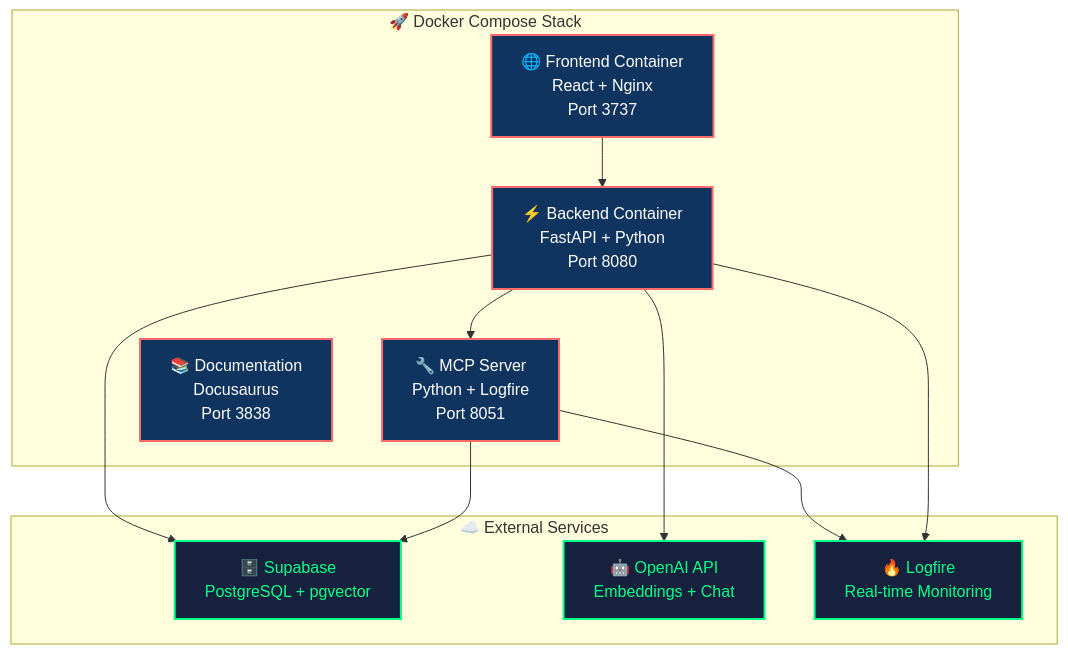
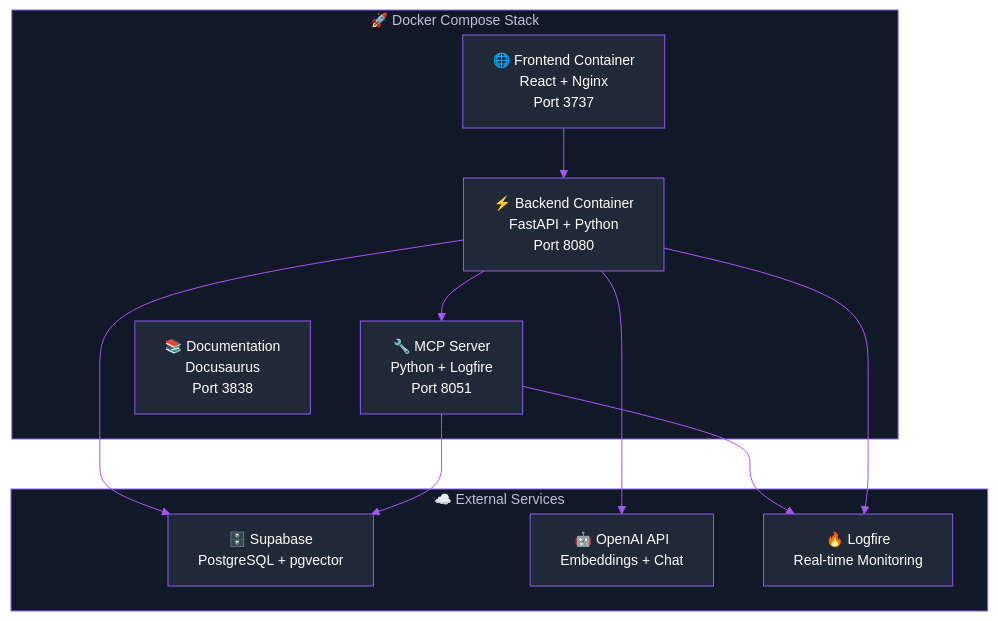
The diagram in docs/docs/getting-started.mdx (tarsonis125/mcp-crawl4ai-rag-ChromaDB-V1), drawn with Mermaid before and after one commit. The commit also changed 18 other files, not shown here.

````diff
--- a/docs/docs/getting-started.mdx
+++ b/docs/docs/getting-started.mdx
@@ -143,30 +143,41 @@
 ```mermaid
+%%{init:{
+  'theme':'base',
+  'themeVariables': {
+    'primaryColor':'#1f2937',
+    'primaryTextColor':'#ffffff',
+    'primaryBorderColor':'#8b5cf6',
+    'lineColor':'#a855f7',
+    'textColor':'#ffffff',
+    'fontFamily':'Inter',
+    'fontSize':'14px',
+    'background':'#000000',
+    'mainBkg':'#1f2937',
+    'secondBkg':'#111827',
+    'borderColor':'#8b5cf6',
+    'clusterBkg':'#111827',
+    'clusterBorder':'#8b5cf6'
+  }
+}}%%
 graph TB
     subgraph "🚀 Docker Compose Stack"
         Frontend["🌐 Frontend Container<br/>React + Nginx<br/>Port 3737"]
         Backend["⚡ Backend Container<br/>FastAPI + Python<br/>Port 8080"]
         MCP["🔧 MCP Server<br/>Python + Logfire<br/>Port 8051"]
         Docs["📚 Documentation<br/>Docusaurus<br/>Port 3838"]
     end
 
     subgraph "☁️ External Services"
         Supabase["🗄️ Supabase<br/>PostgreSQL + pgvector"]
         OpenAI["🤖 OpenAI API<br/>Embeddings + Chat"]
         Logfire["🔥 Logfire<br/>Real-time Monitoring"]
     end
 
     Frontend --> Backend
     Backend --> MCP
     Backend --> Supabase
     Backend --> OpenAI
     MCP --> Logfire
     Backend --> Logfire
     MCP --> Supabase
-
-    classDef containerBox fill:#1a1a2e,stroke:#00d4ff,stroke-width:2px,color:#00d4ff
-    classDef externalBox fill:#16213e,stroke:#00ff88,stroke-width:2px,color:#00ff88
-    classDef coreService fill:#0f3460,stroke:#ff6b6b,stroke-width:2px,color:#ffffff
-    
-    class Frontend,Backend,MCP,Docs coreService
-    class Supabase,OpenAI,Logfire externalBox
 ```
````
